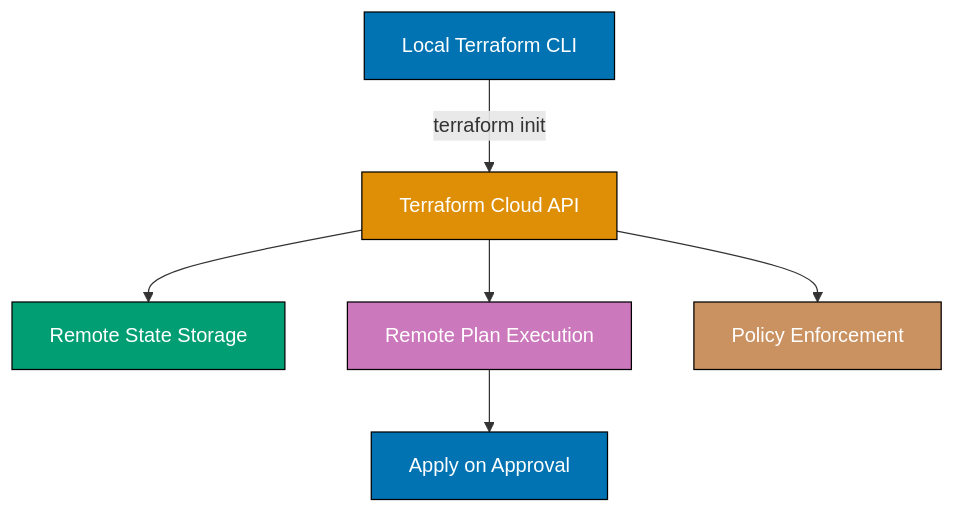
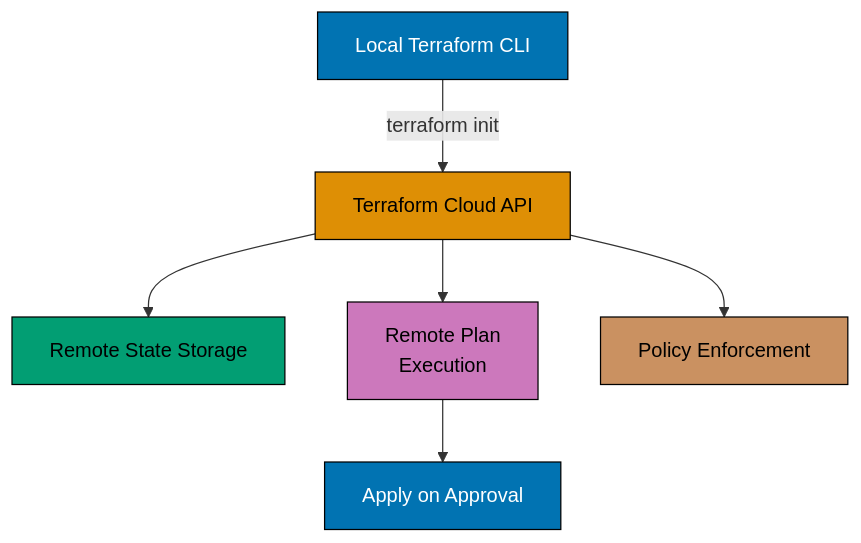
Before and after one commit to wahidyankf/ose-public: the first of 9 diagrams in apps/ayokoding-www/content/en/learn/legacy/software-engineering/infrastructure/infrastructure-as-code/by-example/advanced.md, drawn with Mermaid. The commit also changed other lines of this file and 131 other files, not shown here.

First line of the commit message:
fix(mermaid): bring the legacy data, infrastructure, and testing diagrams onto the accessible palette

````diff
--- a/apps/ayokoding-www/content/en/learn/legacy/software-engineering/infrastructure/infrastructure-as-code/by-example/advanced.md
+++ b/apps/ayokoding-www/content/en/learn/legacy/software-engineering/infrastructure/infrastructure-as-code/by-example/advanced.md
@@ -115,16 +115,24 @@
 ```mermaid
 %% Color Palette: Blue #0173B2, Orange #DE8F05, Teal #029E73, Purple #CC78BC, Brown #CA9161
 graph TD
+  accTitle: Example 59: Terraform Cloud Workspace Configuration
+  accDescr: Graph with 6 nodes and 5 connections. Nodes: Local Terraform CLI, Terraform Cloud API, Remote State Storage, Remote Plan Execution, Policy Enforcement, Apply on Approval. Connections: Local Terraform CLI to Terraform Cloud API (terraform init), Terraform Cloud API to Remote State Storage, Terraform Cloud API to Remote Plan Execution, Terraform Cloud API to Policy Enforcement, Remote Plan Execution to Apply on Approval.
   A["Local Terraform CLI"] -->|terraform init| B["Terraform Cloud API"]
   B --> C["Remote State Storage"]
-  B --> D["Remote Plan Execution"]
+  B --> D["Remote Plan<br/>Execution"]
   B --> E["Policy Enforcement"]
   D --> F["Apply on Approval"]
 
-  style A fill:#0173B2,stroke:#000,color:#fff
-  style B fill:#DE8F05,stroke:#000,color:#fff
-  style C fill:#029E73,stroke:#000,color:#fff
-  style D fill:#CC78BC,stroke:#000,color:#fff
-  style E fill:#CA9161,stroke:#000,color:#fff
-  style F fill:#0173B2,stroke:#000,color:#fff
+  classDef pal-0173B2 fill:#0173B2,stroke:#000000,color:#FFFFFF
+  class A pal-0173B2
+  classDef pal-DE8F05 fill:#DE8F05,stroke:#000000,color:#000000
+  class B pal-DE8F05
+  classDef pal-029E73 fill:#029E73,stroke:#000000,color:#000000
+  class C pal-029E73
+  classDef pal-CC78BC fill:#CC78BC,stroke:#000000,color:#000000
+  class D pal-CC78BC
+  classDef pal-CA9161 fill:#CA9161,stroke:#000000,color:#000000
+  class E pal-CA9161
+  class F pal-0173B2
+  classDef default fill:#FFFFFF,stroke:#000000,color:#000000
 ```
````
